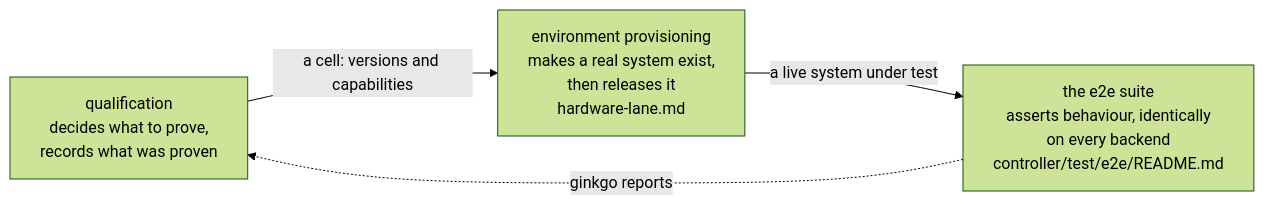
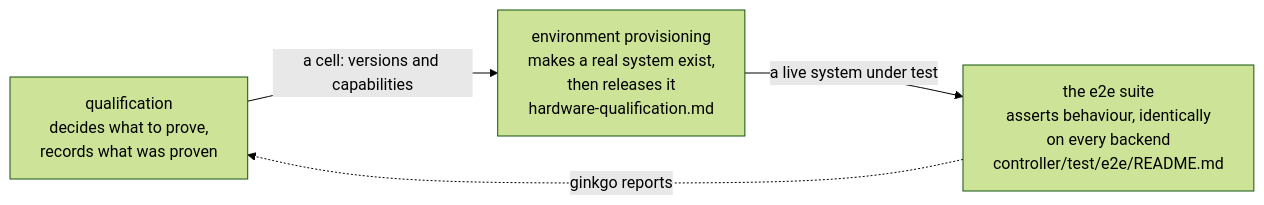
One commit to dsx-ai-factory/nvke changed the diagram in docs/qualification/overview.md. Above: the diagram before and after it, drawn with Mermaid (forest theme). The commit also changed other lines of this file and 8 other files, not shown here.

First line of the commit message:
docs(qualification): one guide for running hardware qualification

````diff
--- a/docs/qualification/overview.md
+++ b/docs/qualification/overview.md
@@ -27,10 +27,10 @@
 ```mermaid
 flowchart LR
     Q["qualification<br/>decides what to prove,<br/>records what was proven"]
-    E["environment provisioning<br/>makes a real system exist,<br/>then releases it<br/>hardware-lane.md"]
+    E["environment provisioning<br/>makes a real system exist,<br/>then releases it<br/>hardware-qualification.md"]
     S["the e2e suite<br/>asserts behaviour, identically<br/>on every backend<br/>controller/test/e2e/README.md"]
 
     Q -->|"a cell: versions and capabilities"| E
     E -->|"a live system under test"| S
     S -.->|"ginkgo reports"| Q
 ```
````
